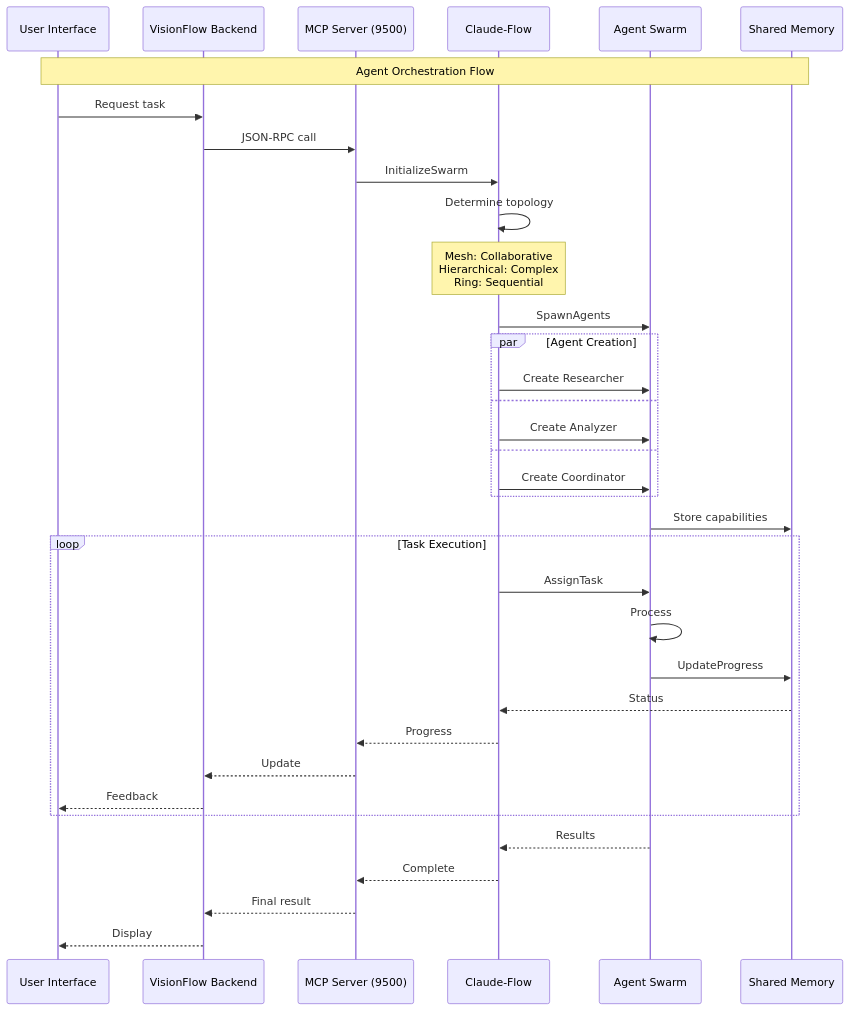
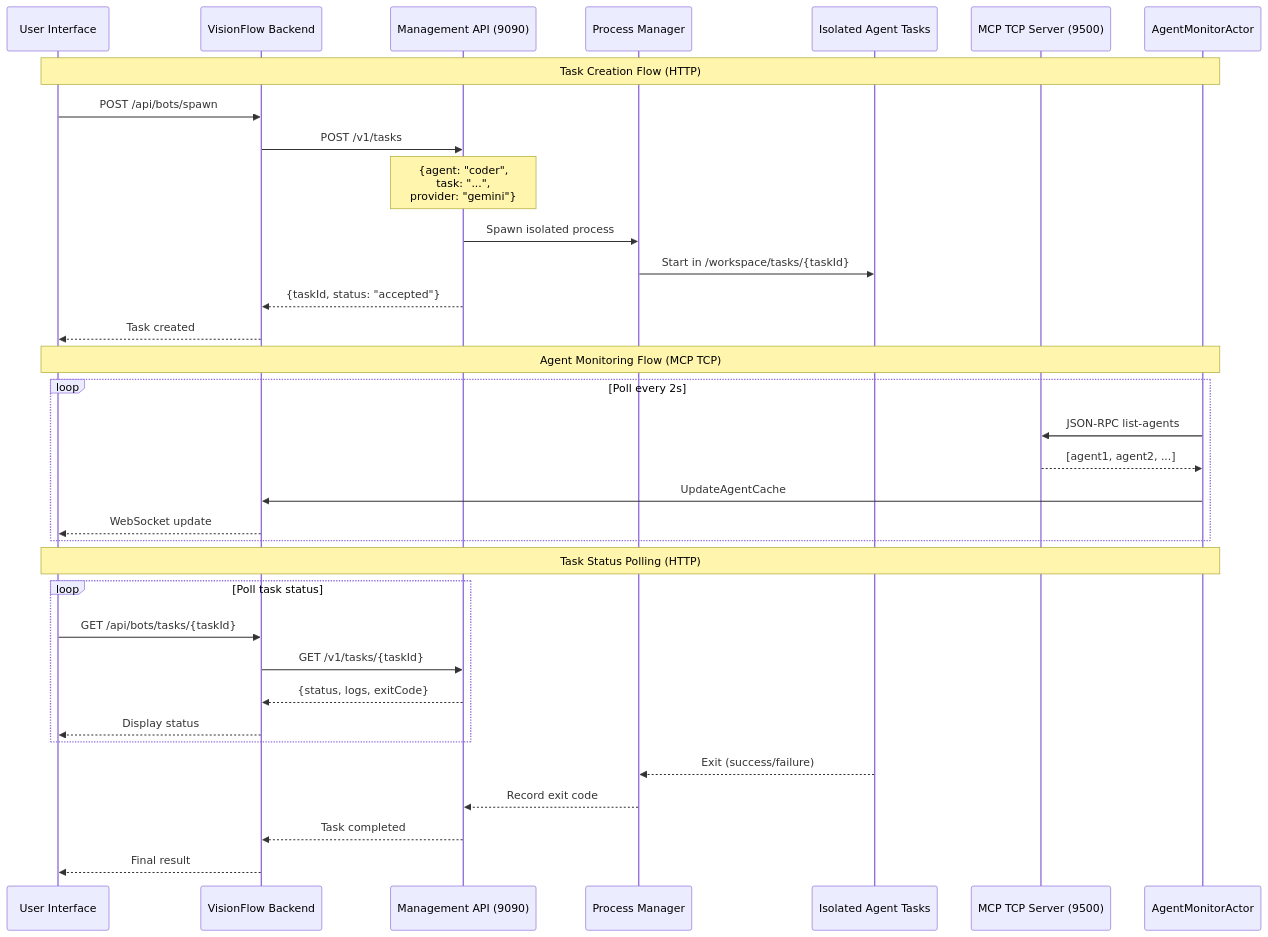
Before and after one commit to DreamLab-AI/VisionFlow: diagram 14 of 27 in docs/architecture/overview.md, drawn with Mermaid. The commit also changed other lines of this file and 20 other files, not shown here.

````diff
--- a/docs/architecture/overview.md
+++ b/docs/architecture/overview.md
@@ -1025,45 +1031,43 @@
 ```mermaid
 sequenceDiagram
     participant User as User Interface
     participant Backend as VisionFlow Backend
-    participant MCP as MCP Server (9500)
-    participant CF as Claude-Flow
-    participant Agents as Agent Swarm
-    participant Memory as Shared Memory
+    participant MgmtAPI as Management API (9090)
+    participant ProcessMgr as Process Manager
+    participant Agents as Isolated Agent Tasks
+    participant MCP as MCP TCP Server (9500)
+    participant Monitor as AgentMonitorActor
 
-    Note over User,Memory: Agent Orchestration Flow
+    Note over User,Monitor: Task Creation Flow (HTTP)
 
-    User->>Backend: Request task
-    Backend->>MCP: JSON-RPC call
-    MCP->>CF: InitializeSwarm
+    User->>Backend: POST /api/bots/spawn
+    Backend->>MgmtAPI: POST /v1/tasks
+    Note over MgmtAPI: {agent: "coder",<br/>task: "...",<br/>provider: "gemini"}
+    MgmtAPI->>ProcessMgr: Spawn isolated process
+    ProcessMgr->>Agents: Start in /workspace/tasks/{taskId}
+    MgmtAPI-->>Backend: {taskId, status: "accepted"}
+    Backend-->>User: Task created
 
-    CF->>CF: Determine topology
-    Note over CF: Mesh: Collaborative<br/>Hierarchical: Complex<br/>Ring: Sequential
+    Note over User,Monitor: Agent Monitoring Flow (MCP TCP)
 
-    CF->>Agents: SpawnAgents
-
-    par Agent Creation
-        CF->>Agents: Create Researcher
-        and
-        CF->>Agents: Create Analyzer
-        and
-        CF->>Agents: Create Coordinator
+    loop Poll every 2s
+        Monitor->>MCP: JSON-RPC list-agents
+        MCP-->>Monitor: [agent1, agent2, ...]
+        Monitor->>Backend: UpdateAgentCache
+        Backend-->>User: WebSocket update
     end
 
-    Agents->>Memory: Store capabilities
+    Note over User,Monitor: Task Status Polling (HTTP)
 
-    loop Task Execution
-        CF->>Agents: AssignTask
-        Agents->>Agents: Process
-        Agents->>Memory: UpdateProgress
-        Memory-->>CF: Status
-        CF-->>MCP: Progress
-        MCP-->>Backend: Update
-        Backend-->>User: Feedback
+    loop Poll task status
+        User->>Backend: GET /api/bots/tasks/{taskId}
+        Backend->>MgmtAPI: GET /v1/tasks/{taskId}
+        MgmtAPI-->>Backend: {status, logs, exitCode}
+        Backend-->>User: Display status
     end
 
-    Agents-->>CF: Results
-    CF-->>MCP: Complete
-    MCP-->>Backend: Final result
-    Backend-->>User: Display
+    Agents-->>ProcessMgr: Exit (success/failure)
+    ProcessMgr-->>MgmtAPI: Record exit code
+    MgmtAPI-->>Backend: Task completed
+    Backend-->>User: Final result
 ```
````
